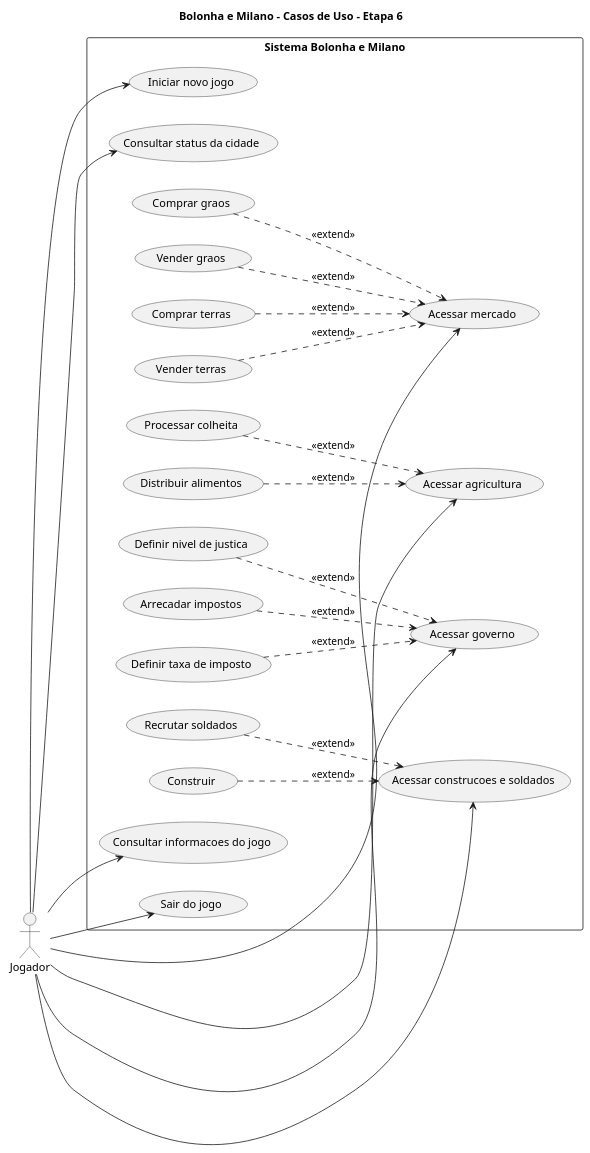
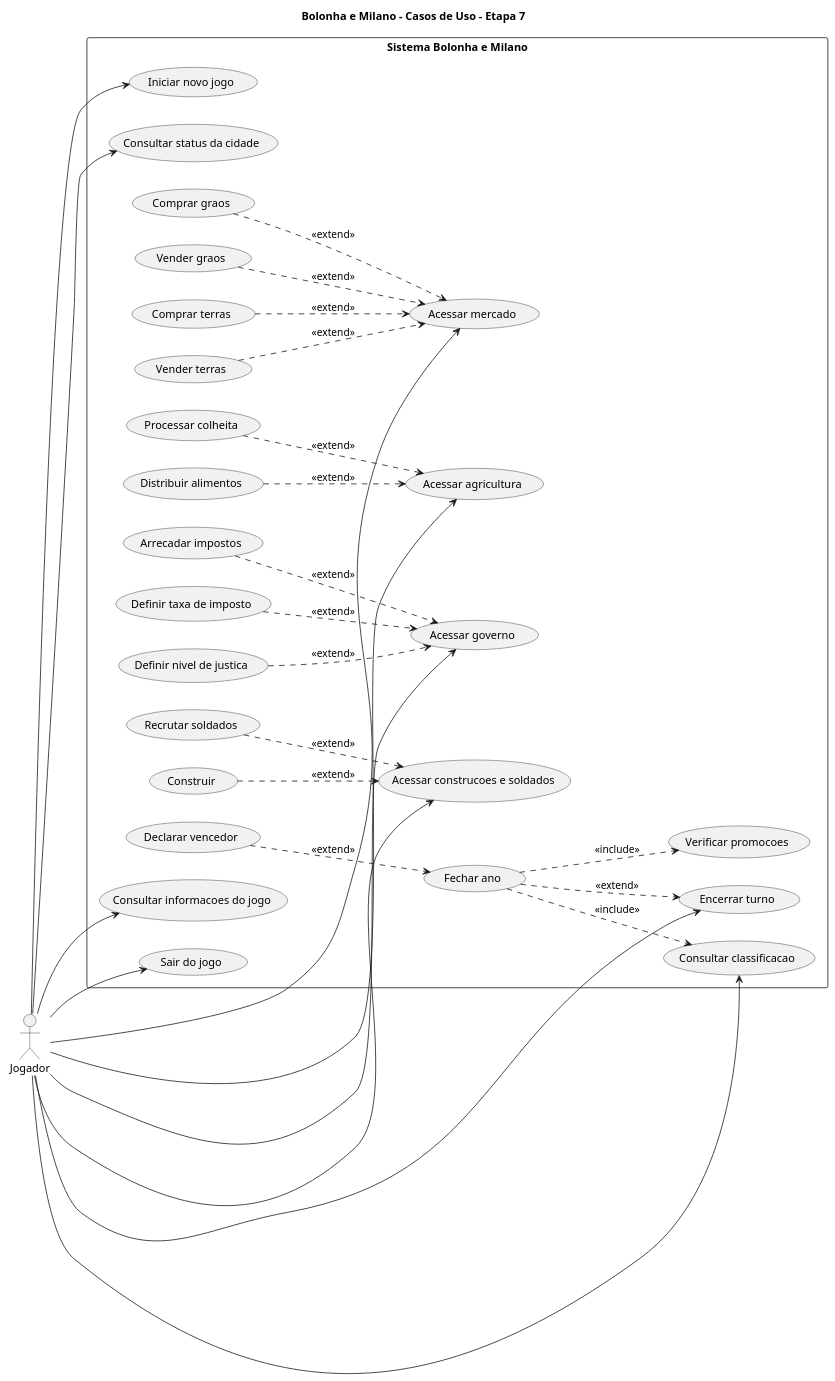
The diagram in casos-de-uso/Diagrama-casos-de-uso.puml (logalfran/projeto-bolonha-e-milano), drawn with PlantUML before and after one commit. The commit also changed 8 other files, not shown here.

Commit message:
Etapa 7: rodadas, multiplos jogadores, nobreza e vitoria

```diff
--- a/casos-de-uso/Diagrama-casos-de-uso.puml
+++ b/casos-de-uso/Diagrama-casos-de-uso.puml
@@ -1,72 +1,86 @@
 @startuml
-title Bolonha e Milano - Casos de Uso - Etapa 6
+title Bolonha e Milano - Casos de Uso - Etapa 7
 
 left to right direction
 
-' Ator principal
 actor "Jogador" as J
 
 rectangle "Sistema Bolonha e Milano" {
 
     ' Funcionalidades principais
     usecase "Iniciar novo jogo" as UC1
     usecase "Consultar status da cidade" as UC2
 
     ' Mercado - Etapa 3
     usecase "Acessar mercado" as UC3
     usecase "Comprar graos" as UC4
     usecase "Vender graos" as UC5
     usecase "Comprar terras" as UC6
     usecase "Vender terras" as UC7
 
     ' Agricultura - Etapa 4
     usecase "Acessar agricultura" as UC8
     usecase "Processar colheita" as UC9
     usecase "Distribuir alimentos" as UC10
 
     ' Governo - Etapa 5
     usecase "Acessar governo" as UC11
     usecase "Arrecadar impostos" as UC12
     usecase "Definir taxa de imposto" as UC13
     usecase "Definir nivel de justica" as UC14
 
     ' Construcoes - Etapa 6
     usecase "Acessar construcoes e soldados" as UC17
     usecase "Recrutar soldados" as UC18
     usecase "Construir" as UC19
 
+    ' Rodadas e vitoria - Etapa 7
+    usecase "Encerrar turno" as UC20
+    usecase "Fechar ano" as UC21
+    usecase "Verificar promocoes" as UC22
+    usecase "Consultar classificacao" as UC23
+    usecase "Declarar vencedor" as UC24
+
     ' Outras funcionalidades
     usecase "Consultar informacoes do jogo" as UC15
     usecase "Sair do jogo" as UC16
 }
 
 ' Funcionalidades acessadas pelo jogador
 J --> UC1
 J --> UC2
 J --> UC3
 J --> UC8
 J --> UC11
 J --> UC17
+J --> UC20
+J --> UC23
 J --> UC15
 J --> UC16
 
 ' Operacoes do mercado
 UC4 ..> UC3 : <<extend>>
 UC5 ..> UC3 : <<extend>>
 UC6 ..> UC3 : <<extend>>
 UC7 ..> UC3 : <<extend>>
 
 ' Operacoes da agricultura
 UC9 ..> UC8 : <<extend>>
 UC10 ..> UC8 : <<extend>>
 
 ' Operacoes do governo
 UC12 ..> UC11 : <<extend>>
 UC13 ..> UC11 : <<extend>>
 UC14 ..> UC11 : <<extend>>
 
 ' Operacoes de construcoes e soldados
 UC18 ..> UC17 : <<extend>>
 UC19 ..> UC17 : <<extend>>
 
+' Operacoes da Etapa 7
+UC21 ..> UC20 : <<extend>>
+UC21 ..> UC22 : <<include>>
+UC21 ..> UC23 : <<include>>
+UC24 ..> UC21 : <<extend>>
+
 @enduml
```
